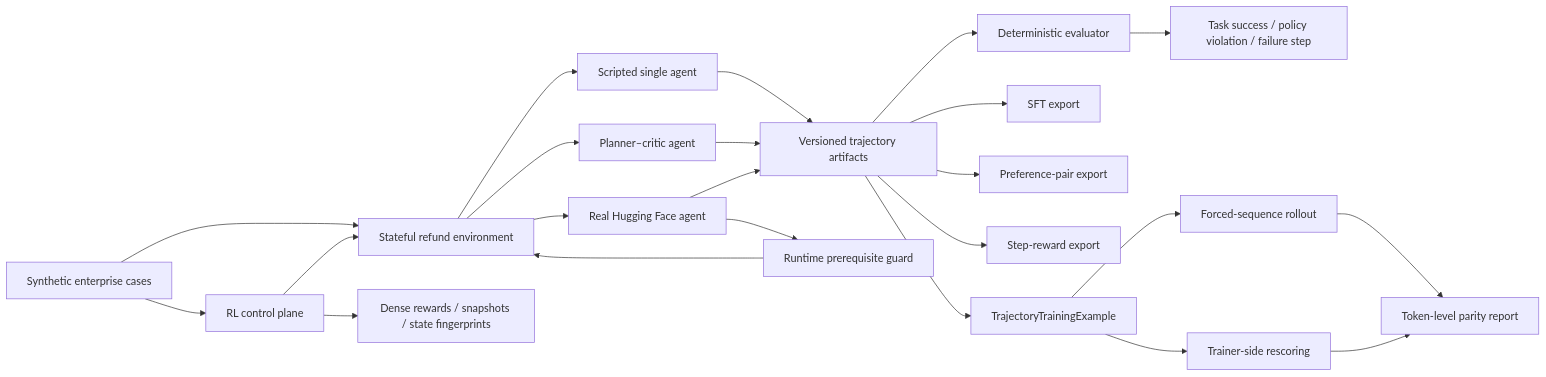
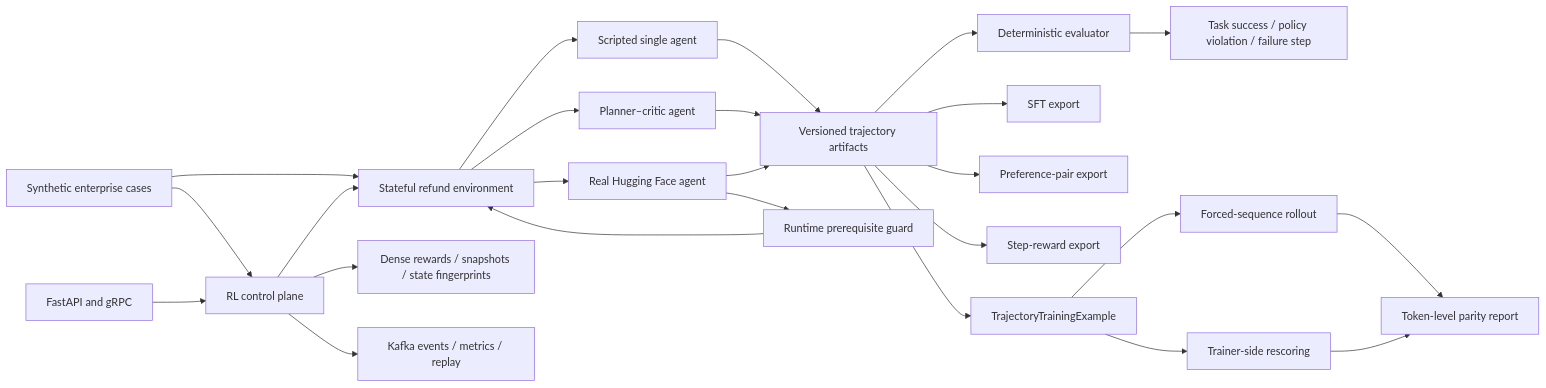
One commit to wwqqq16/parity-posttrain changed the diagram in INTERVIEW_BRIEF.md. Above: the diagram before and after it, drawn with Mermaid. The commit also changed other lines of this file and 29 other files, not shown here.

````diff
--- a/INTERVIEW_BRIEF.md
+++ b/INTERVIEW_BRIEF.md
@@ -9,30 +9,32 @@
 ```mermaid
 flowchart LR
     A[Synthetic enterprise cases] --> B[Stateful refund environment]
     A --> O[RL control plane]
+    X[FastAPI and gRPC] --> O
     O --> B
     B --> C1[Scripted single agent]
     B --> C2[Planner–critic agent]
     B --> C3[Real Hugging Face agent]
 
     C1 --> D[Versioned trajectory artifacts]
     C2 --> D
     C3 --> D
 
     C3 --> G[Runtime prerequisite guard]
     G --> B
 
     D --> E[Deterministic evaluator]
     E --> F[Task success / policy violation / failure step]
     O --> P[Dense rewards / snapshots / state fingerprints]
+    O --> Q[Kafka events / metrics / replay]
 
     D --> H[SFT export]
     D --> I[Preference-pair export]
     D --> J[Step-reward export]
 
     D --> K[TrajectoryTrainingExample]
     K --> L[Forced-sequence rollout]
     K --> M[Trainer-side rescoring]
     L --> N[Token-level parity report]
     M --> N
 ```
````
